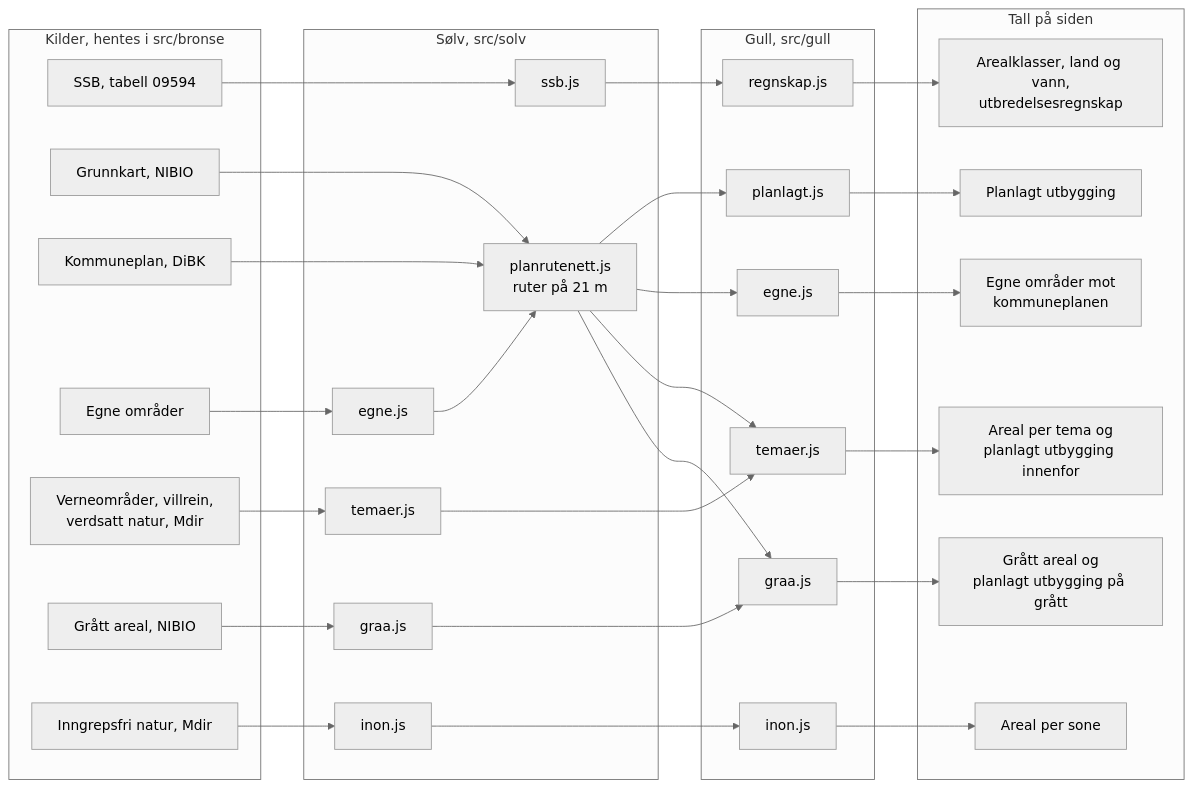
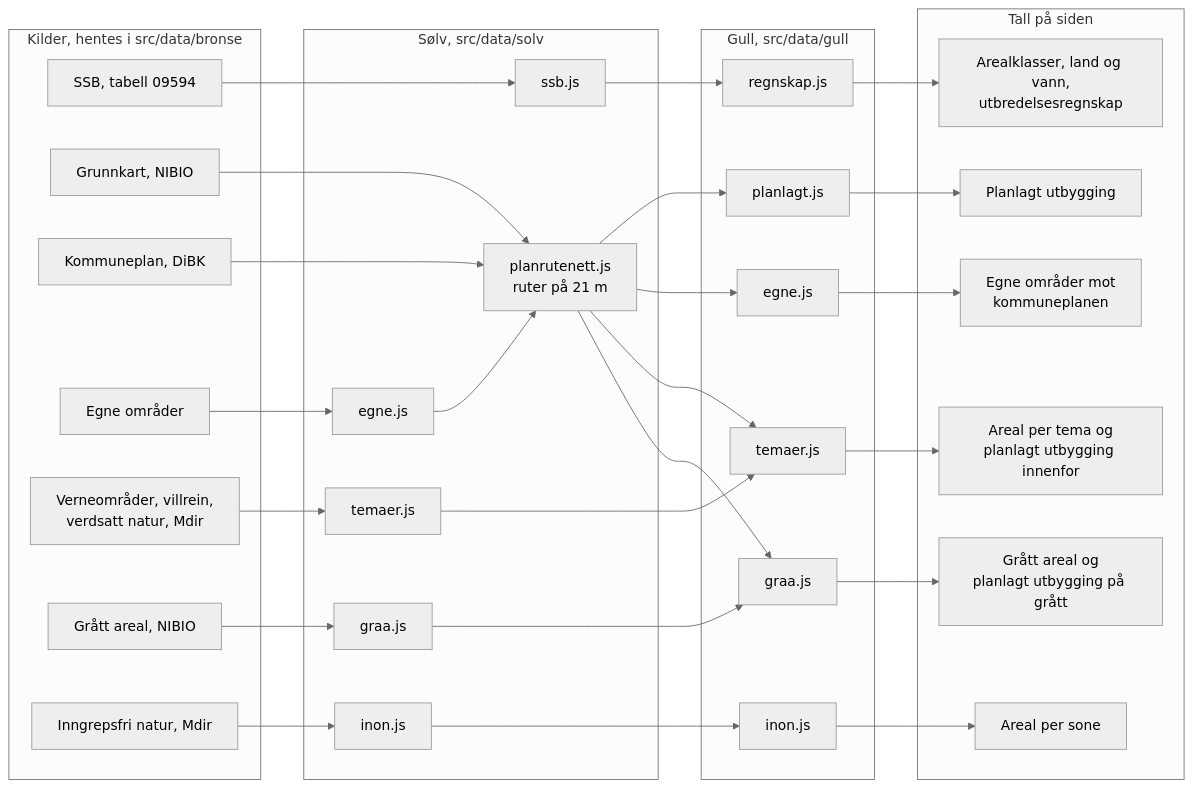
The diagram in METODE.md (eirikvk/Publicdemorepo), drawn with Mermaid (neutral theme) before and after one commit. The commit also changed other lines of this file and 63 other files, not shown here.

````diff
--- a/METODE.md
+++ b/METODE.md
@@ -26,47 +27,47 @@
 ```mermaid
 flowchart LR
-  subgraph Kilder["Kilder, hentes i src/bronse"]
+  subgraph Kilder["Kilder, hentes i src/data/bronse"]
     SSB["SSB, tabell 09594"]
     NIBIO["Grunnkart, NIBIO"]
     DiBK["Kommuneplan, DiBK"]
     Bruker["Egne områder"]
     Mdir["Verneområder, villrein,<br/>verdsatt natur, Mdir"]
     GRAA["Grått areal, NIBIO"]
     INON["Inngrepsfri natur, Mdir"]
   end
-  subgraph Solv["Sølv, src/solv"]
+  subgraph Solv["Sølv, src/data/solv"]
     sssb["ssb.js"]
     segne["egne.js"]
     splan["planrutenett.js<br/>ruter på 21 m"]
     stemaer["temaer.js"]
     sgraa["graa.js"]
     sinon["inon.js"]
   end
-  subgraph Gull["Gull, src/gull"]
+  subgraph Gull["Gull, src/data/gull"]
     gregnskap["regnskap.js"]
     gplan["planlagt.js"]
     gegne["egne.js"]
     gtemaer["temaer.js"]
     ggraa["graa.js"]
     ginon["inon.js"]
   end
   subgraph Tall["Tall på siden"]
     T1["Arealklasser, land og vann,<br/>utbredelsesregnskap"]
     T2["Planlagt utbygging"]
     T6["Egne områder mot<br/>kommuneplanen"]
     T3["Areal per tema og<br/>planlagt utbygging innenfor"]
     T5["Grått areal og<br/>planlagt utbygging på grått"]
     T4["Areal per sone"]
   end
   SSB --> sssb --> gregnskap --> T1
   NIBIO --> splan
   DiBK --> splan
   Bruker --> segne --> splan
   splan --> gplan --> T2
   splan --> gegne --> T6
   Mdir --> stemaer --> gtemaer --> T3
   splan --> gtemaer
   GRAA --> sgraa --> ggraa --> T5
   splan --> ggraa
   INON --> sinon --> ginon --> T4
 ```
````
